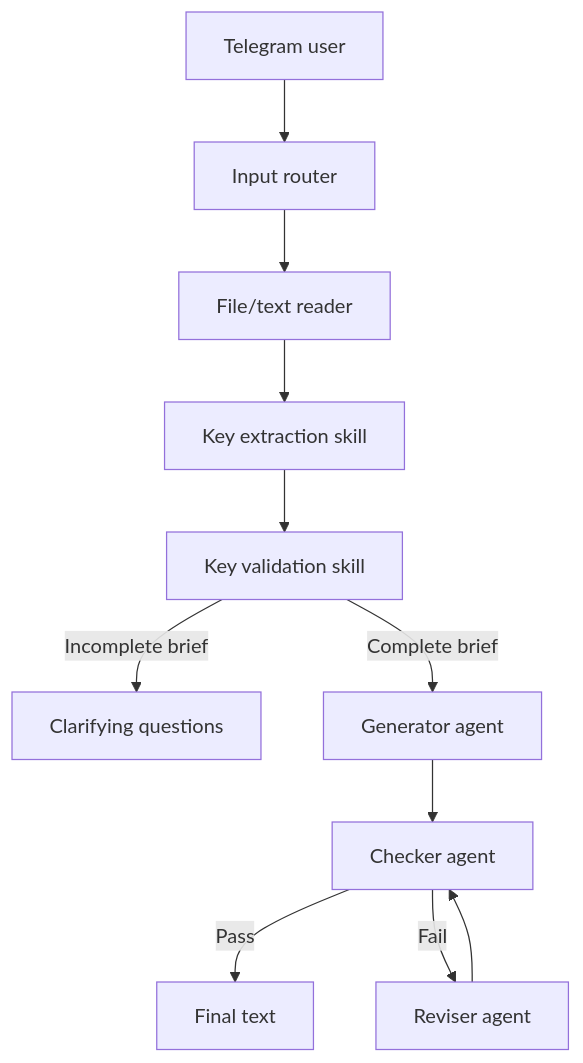
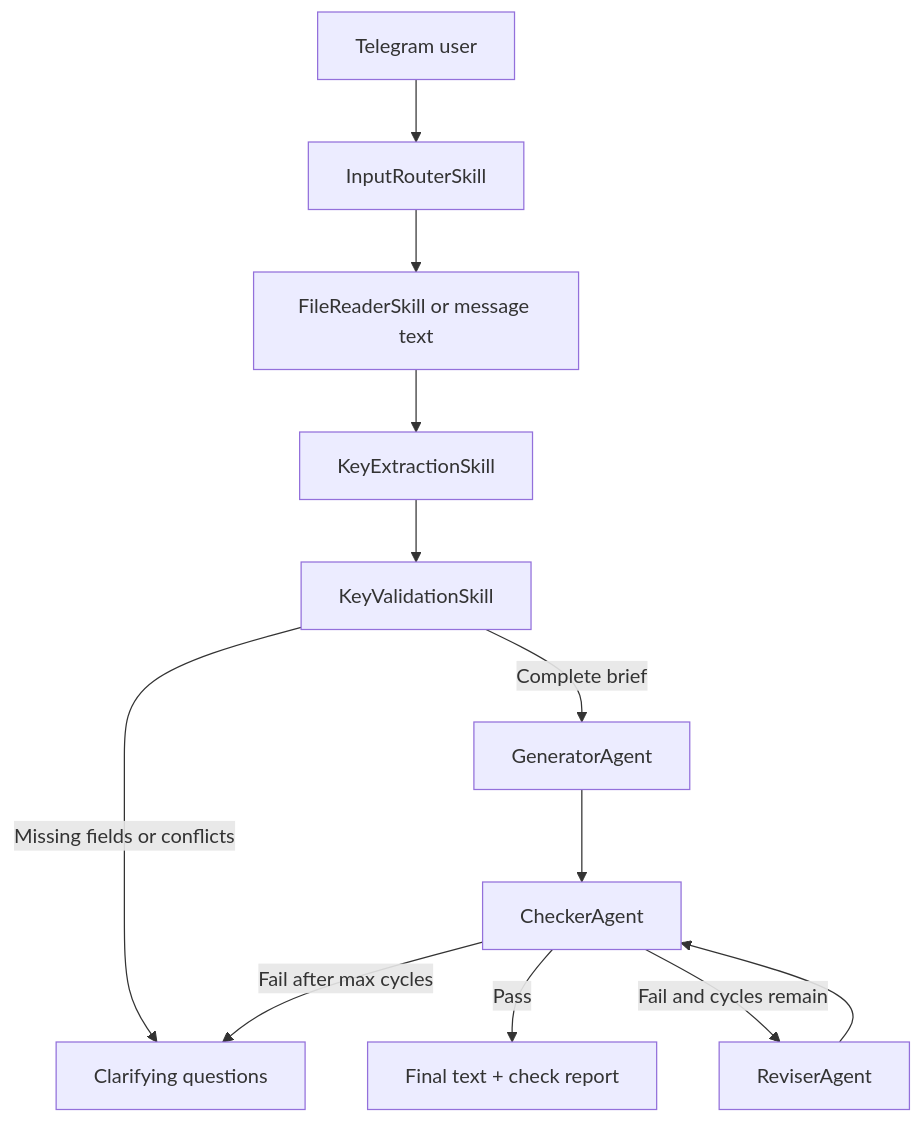
The diagram in README.md (cbrt3ltrpv/MA_03-txt-key-generator), drawn with Mermaid before and after one commit. The commit also changed other lines of this file and 1 other file, not shown here.

````diff
--- a/README.md
+++ b/README.md
@@ -17,13 +23,14 @@
 ```mermaid
 flowchart TD
-    User["Telegram user"] --> Router["Input router"]
-    Router --> Reader["File/text reader"]
-    Reader --> Extractor["Key extraction skill"]
-    Extractor --> Validator["Key validation skill"]
-    Validator -->|Incomplete brief| Clarify["Clarifying questions"]
-    Validator -->|Complete brief| Generator["Generator agent"]
-    Generator --> Checker["Checker agent"]
-    Checker -->|Pass| Result["Final text"]
-    Checker -->|Fail| Reviser["Reviser agent"]
+    User["Telegram user"] --> Router["InputRouterSkill"]
+    Router --> Reader["FileReaderSkill or message text"]
+    Reader --> Extractor["KeyExtractionSkill"]
+    Extractor --> Validator["KeyValidationSkill"]
+    Validator -->|Missing fields or conflicts| Clarify["Clarifying questions"]
+    Validator -->|Complete brief| Generator["GeneratorAgent"]
+    Generator --> Checker["CheckerAgent"]
+    Checker -->|Pass| Result["Final text + check report"]
+    Checker -->|Fail and cycles remain| Reviser["ReviserAgent"]
     Reviser --> Checker
+    Checker -->|Fail after max cycles| Clarify
 ```
````
